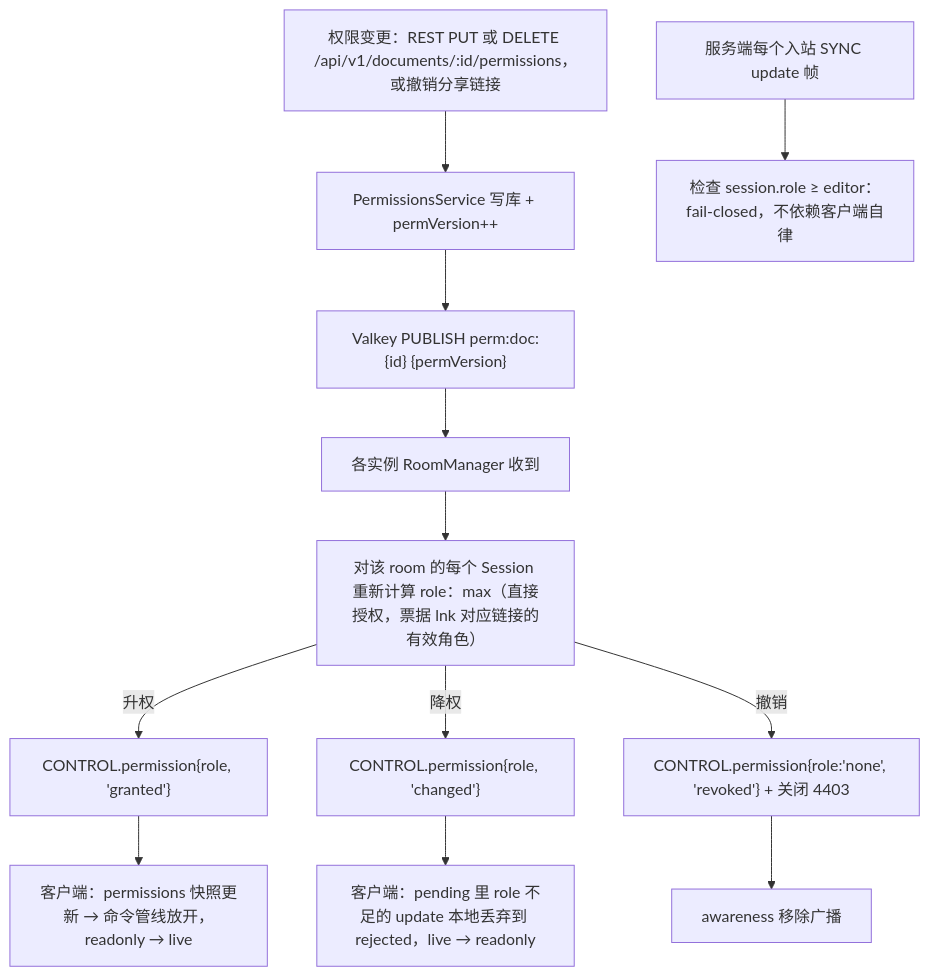
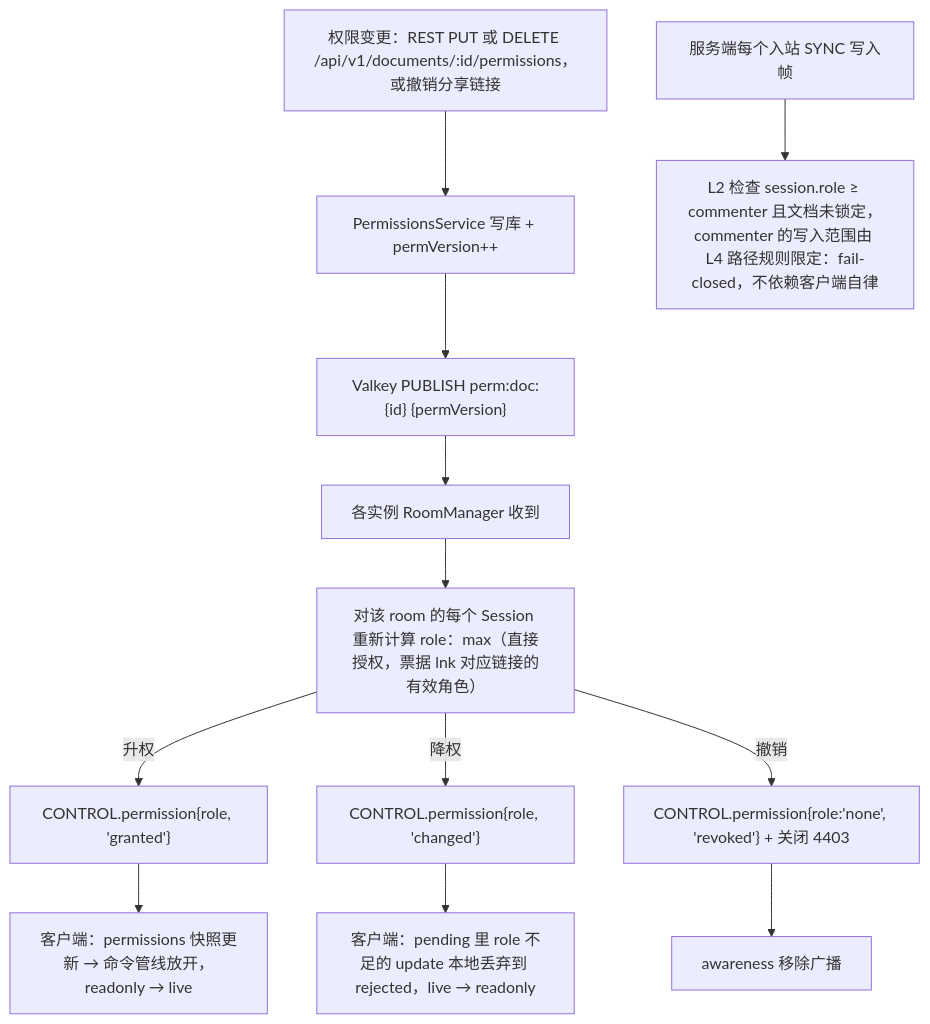
One commit to Xeonice/cordis-ppt-editor changed diagram 11 of 14 in docs/30-architecture/06-collaboration.md. Above: the diagram before and after it, drawn with Mermaid. The commit also changed other lines of this file and 79 other files, not shown here.

````diff
--- a/docs/30-architecture/06-collaboration.md
+++ b/docs/30-architecture/06-collaboration.md
@@ -880,14 +883,14 @@
 ```mermaid
 flowchart TB
   patch["权限变更：REST PUT 或 DELETE /api/v1/documents/:id/permissions，或撤销分享链接"] --> svc["PermissionsService 写库 + permVersion++"]
   svc --> pub["Valkey PUBLISH perm:doc:{id} {permVersion}"]
   pub --> rm["各实例 RoomManager 收到"]
   rm --> recompute["对该 room 的每个 Session 重新计算 role：max（直接授权，票据 lnk 对应链接的有效角色）"]
   recompute -- "升权" --> up["CONTROL.permission{role, 'granted'}"]
   recompute -- "降权" --> down["CONTROL.permission{role, 'changed'}"]
   recompute -- "撤销" --> revoke["CONTROL.permission{role:'none', 'revoked'} + 关闭 4403"]
   up --> upC["客户端：permissions 快照更新 → 命令管线放开，readonly → live"]
   down --> downC["客户端：pending 里 role 不足的 update 本地丢弃到 rejected，live → readonly"]
   revoke --> revokeC["awareness 移除广播"]
-  inbound["服务端每个入站 SYNC update 帧"] --> check["检查 session.role ≥ editor：fail-closed，不依赖客户端自律"]
+  inbound["服务端每个入站 SYNC 写入帧"] --> check["L2 检查 session.role ≥ commenter 且文档未锁定，commenter 的写入范围由 L4 路径规则限定：fail-closed，不依赖客户端自律"]
 ```
````
